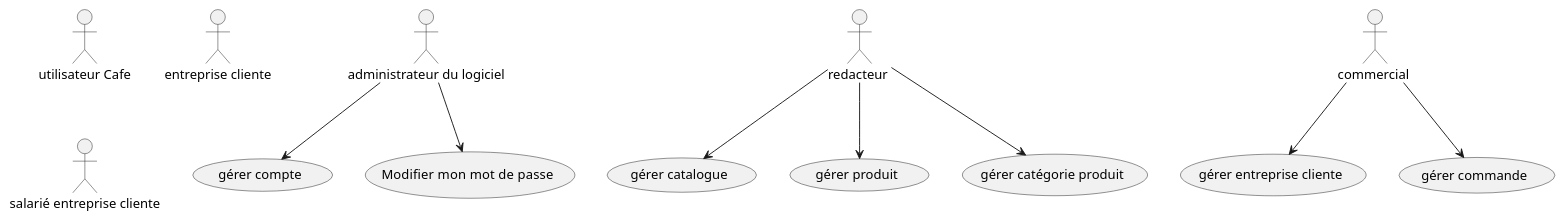
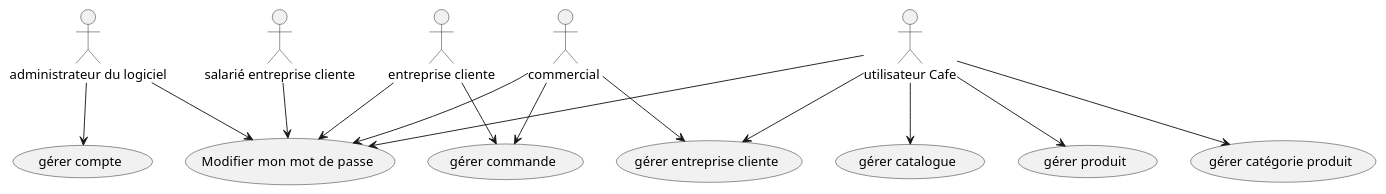
The diagram in usecase.plantuml (msermet/CS_2024), drawn with PlantUML before and after one commit.

Commit message:
question 13

```diff
--- a/usecase.plantuml
+++ b/usecase.plantuml
@@ -1,50 +1,40 @@
 @startuml
 
 usecase (gérer compte) as UC_Gerer_Compte
 usecase (gérer catalogue) as UC_Gerer_Catalogue
 usecase (gérer entreprise cliente) as UC_Gerer_Entreprise
 usecase (gérer commande) as UC_Gerer_Commande
 
 usecase (Modifier  mon mot de passe) as UC_MDP
 usecase (gérer produit) as UC_G_Produit
 usecase (gérer catégorie produit) as UC_G_Cat_Produit
 
 
 
 actor :administrateur du logiciel: as admin
 actor :utilisateur Cafe: as userCafe
 actor :entreprise cliente: as entreprise
 actor :salarié entreprise cliente: as salarie
-actor :redacteur : as redacteur
 actor :commercial : as commercial
 
-'admin --> UC_Gerer_Catalogue
-'admin --> UC_Gerer_Entreprise
-'admin --> UC_G_Cat_Produit
-'admin --> UC_Gerer_Commande
-'admin --> UC_G_Produit
+
 admin --> UC_MDP
 admin --> UC_Gerer_Compte
 
-'entreprise --> UC_Gerer_Commande
-'entreprise --> UC_MDP
+entreprise --> UC_Gerer_Commande
+entreprise --> UC_MDP
 
-'userCafe --> UC_Gerer_Catalogue
-'userCafe --> UC_Gerer_Entreprise
-'userCafe --> UC_G_Cat_Produit
-'userCafe --> UC_Gerer_Commande
-'userCafe --> UC_G_Produit
-'userCafe --> UC_MDP
-'userCafe --> UC_Gerer_Compte
+userCafe --> UC_Gerer_Catalogue
+userCafe --> UC_G_Cat_Produit
+userCafe --> UC_G_Produit
+userCafe --> UC_Gerer_Entreprise
+userCafe --> UC_MDP
 
 commercial --> UC_Gerer_Entreprise
 commercial --> UC_Gerer_Commande
+commercial --> UC_MDP
 
-redacteur --> UC_Gerer_Catalogue
-redacteur --> UC_G_Cat_Produit
-redacteur --> UC_G_Produit
+salarie --> UC_MDP
 
-'salarie --> UC_MDP
-'salarie --> UC_Gerer_Commande
 
 @enduml
```
